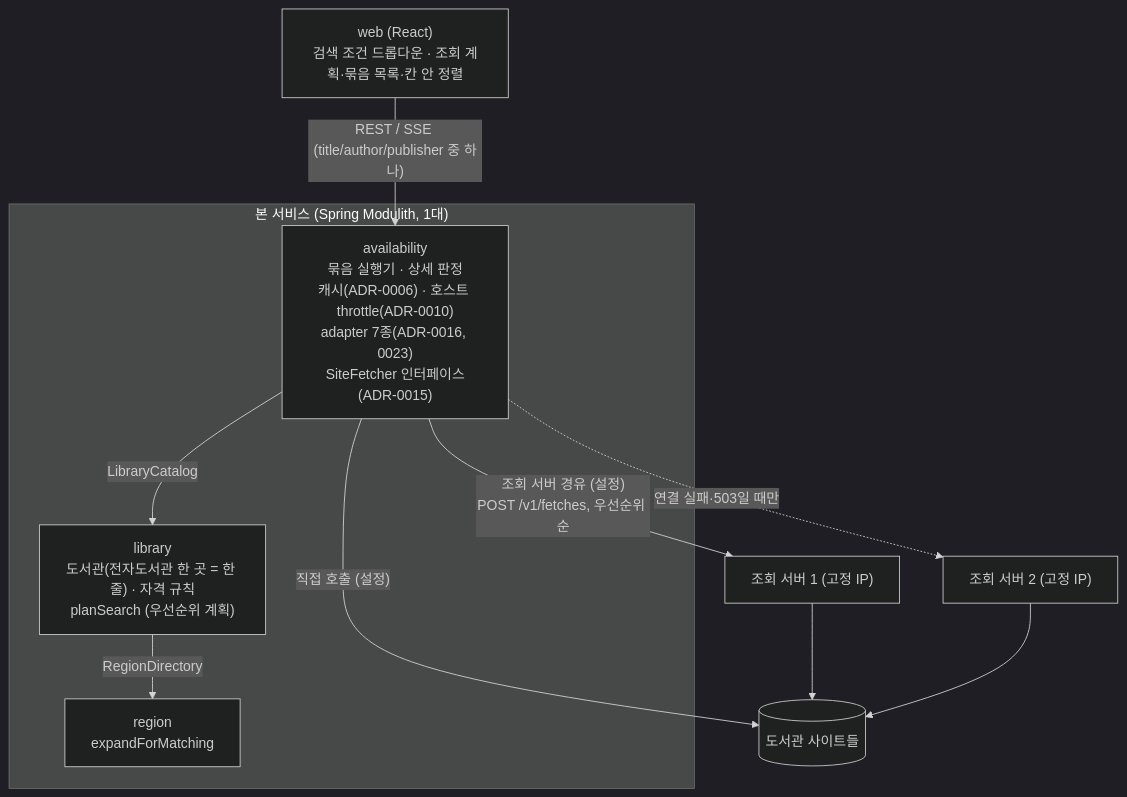
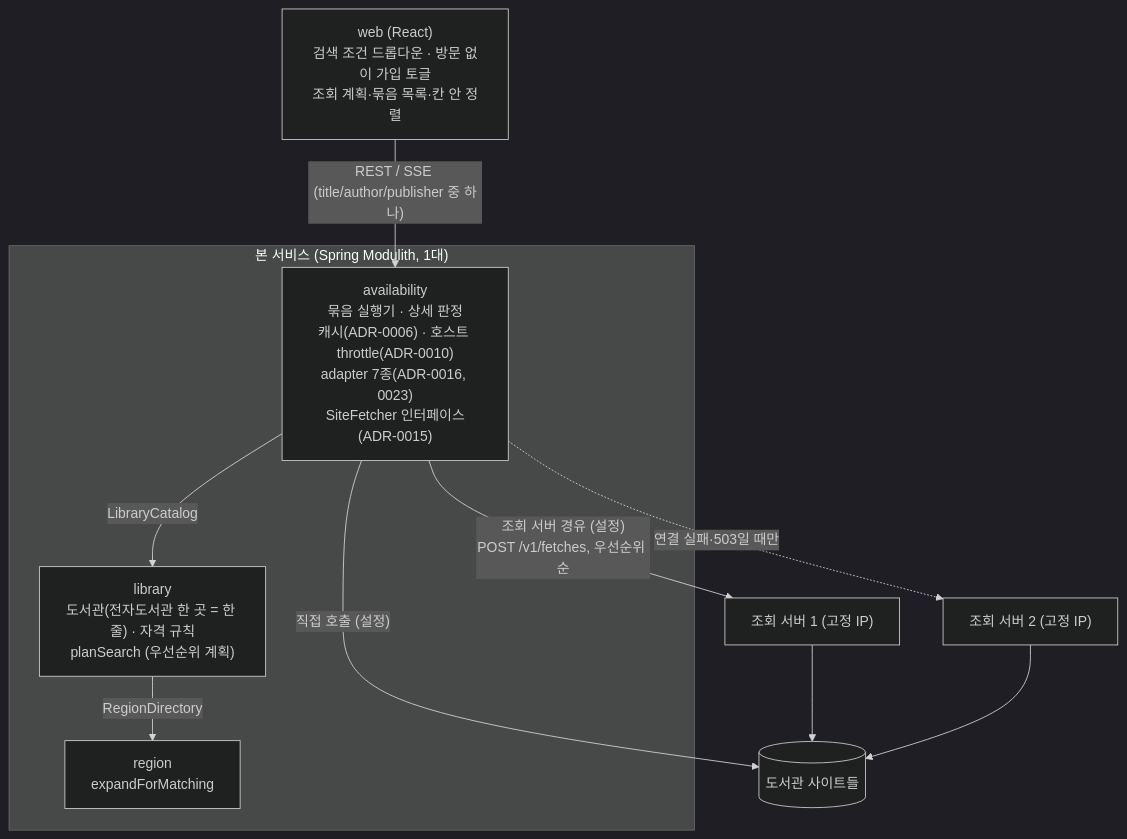
One commit to hodu-sketch/chaekcheck-plan changed the first of 2 diagrams in docs/current/module-map.md. Above: the diagram before and after it, drawn with Mermaid (dark theme). The commit also changed other lines of this file and 9 other files, not shown here.

````diff
--- a/docs/current/module-map.md
+++ b/docs/current/module-map.md
@@ -20,16 +20,16 @@
 ```mermaid
 flowchart TB
-  web["web (React)<br/>검색 조건 드롭다운 · 조회 계획·묶음 목록·칸 안 정렬"] -->|"REST / SSE (title/author/publisher 중 하나)"| availability
+  web["web (React)<br/>검색 조건 드롭다운 · 방문 없이 가입 토글<br/>조회 계획·묶음 목록·칸 안 정렬"] -->|"REST / SSE (title/author/publisher 중 하나)"| availability
   subgraph main["본 서비스 (Spring Modulith, 1대)"]
     availability["availability<br/>묶음 실행기 · 상세 판정<br/>캐시(ADR-0006) · 호스트 throttle(ADR-0010)<br/>adapter 7종(ADR-0016, 0023)<br/>SiteFetcher 인터페이스(ADR-0015)"]
     library["library<br/>도서관(전자도서관 한 곳 = 한 줄) · 자격 규칙<br/>planSearch (우선순위 계획)"]
     region["region<br/>expandForMatching"]
     availability -->|"LibraryCatalog"| library
     library -->|"RegionDirectory"| region
   end
   availability -->|"직접 호출 (설정)"| sites[("도서관 사이트들")]
   availability -->|"조회 서버 경유 (설정)<br/>POST /v1/fetches, 우선순위 순"| fetch1["조회 서버 1 (고정 IP)"]
   availability -.->|"연결 실패·503일 때만"| fetch2["조회 서버 2 (고정 IP)"]
   fetch1 --> sites
   fetch2 --> sites
 ```
````
